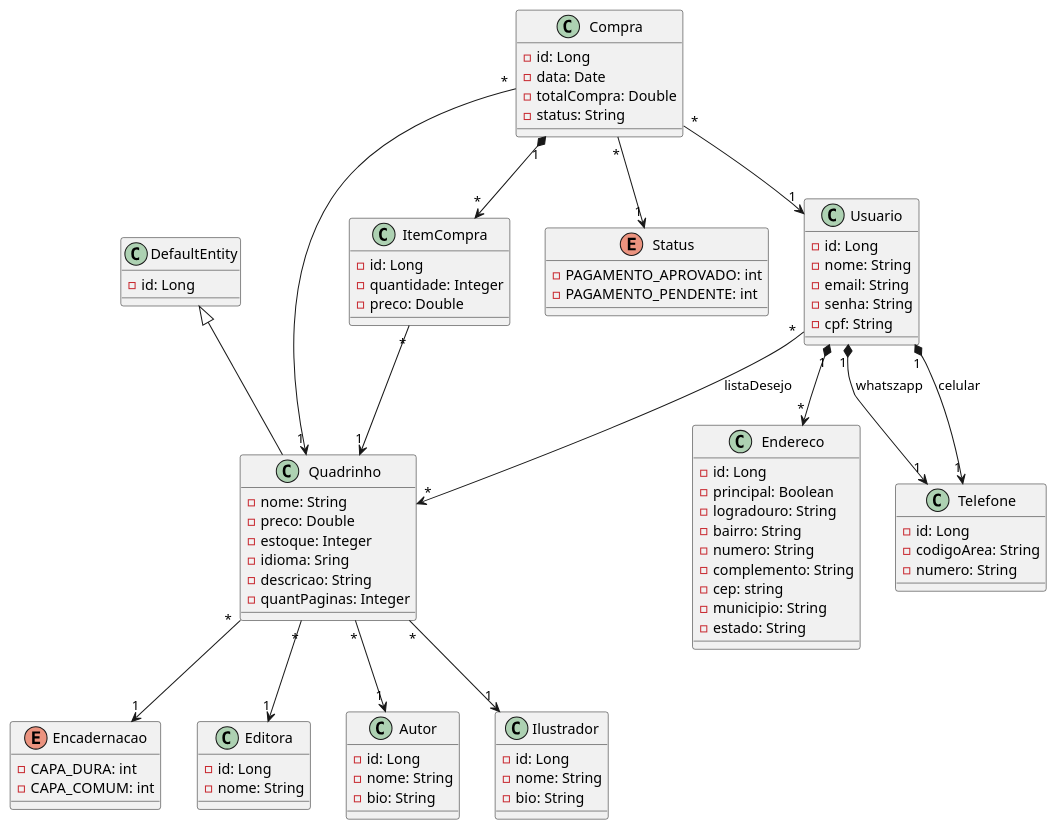
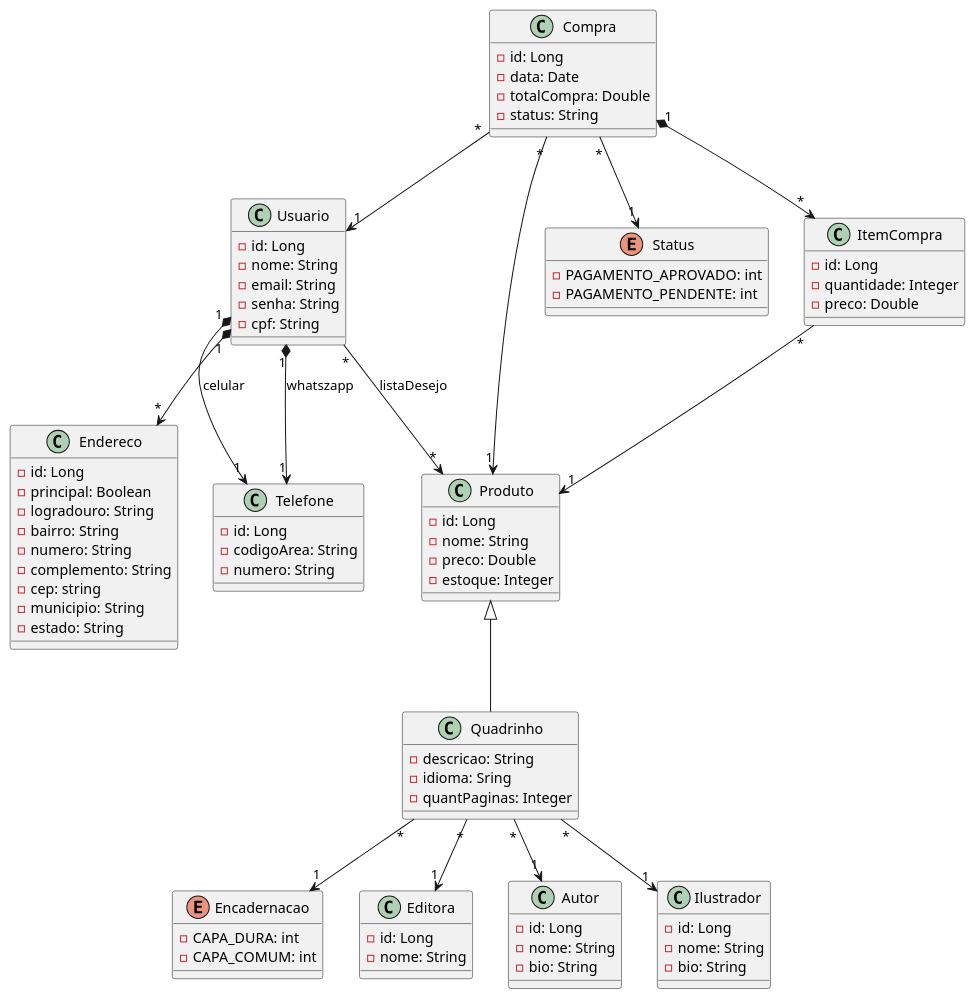
Before and after one commit to alissonlima086/trabalhoTopicos: the diagram in projetoQuadrinhos.plantuml, drawn with PlantUML. The commit also changed 9 other files, not shown here.

```diff
--- a/projetoQuadrinhos.plantuml
+++ b/projetoQuadrinhos.plantuml
@@ -1,103 +1,104 @@
 @startuml
 
-    class DefaultEntity{
+    class Produto{
         - id: Long
+        - nome: String
+        - preco: Double
+        - estoque: Integer
     }
 
     class Quadrinho{
-        - nome: String
-        - preco: Double
-        - estoque: Integer
+        - descricao: String
         - idioma: Sring
-        - descricao: String
         - quantPaginas: Integer
     }
 
     enum Encadernacao{
         - CAPA_DURA: int
         - CAPA_COMUM: int
     }
 
     class Editora{
         - id: Long
         - nome: String  
         }
 
     class Autor{
         - id: Long
         - nome: String
         - bio: String
     }
 
     Class Ilustrador{
         - id: Long
         - nome: String
         - bio: String
     }
 
     class Usuario{
         - id: Long
         - nome: String
         - email: String
         - senha: String
         - cpf: String
     }
     Class Telefone{
         - id: Long
         - codigoArea: String
         - numero: String
     }
     class Compra{
         - id: Long
         - data: Date
         - totalCompra: Double
         - status: String
     }
 
     enum Status{
         - PAGAMENTO_APROVADO: int
         - PAGAMENTO_PENDENTE: int
     }
 
 
     class ItemCompra{
         - id: Long
         - quantidade: Integer
         - preco: Double
     }
     class Endereco{
         - id: Long
         - principal: Boolean
         - logradouro: String
         - bairro: String
         - numero: String
         - complemento: String
         - cep: string
         - municipio: String
         - estado: String
     }
 
     Quadrinho "*" --> "1" Encadernacao
 
-    Usuario "*" --> "*" Quadrinho: listaDesejo
+    Usuario "*" --> "*" Produto: listaDesejo
     Usuario "1"*--> "1" Telefone: celular
     Usuario "1"*--> "1" Telefone: whatszapp
     Usuario "1" *--> "*" Endereco
 
 
 
     Compra "1" *--> "*"ItemCompra
     Compra "*" --> "1" Usuario
-    Compra "*" --> "1" Quadrinho
+    Compra "*" --> "1" Produto
     Compra "*" --> "1" Status
 
 
-    ItemCompra "*" --> "1" Quadrinho
+    ItemCompra "*" --> "1" Produto
 
-    DefaultEntity <|-- Quadrinho
+    Produto <|-- Quadrinho
+
 
     Quadrinho "*" --> "1" Autor
     Quadrinho "*" --> "1" Ilustrador
     Quadrinho "*" --> "1" Editora
     
 @enduml
```
